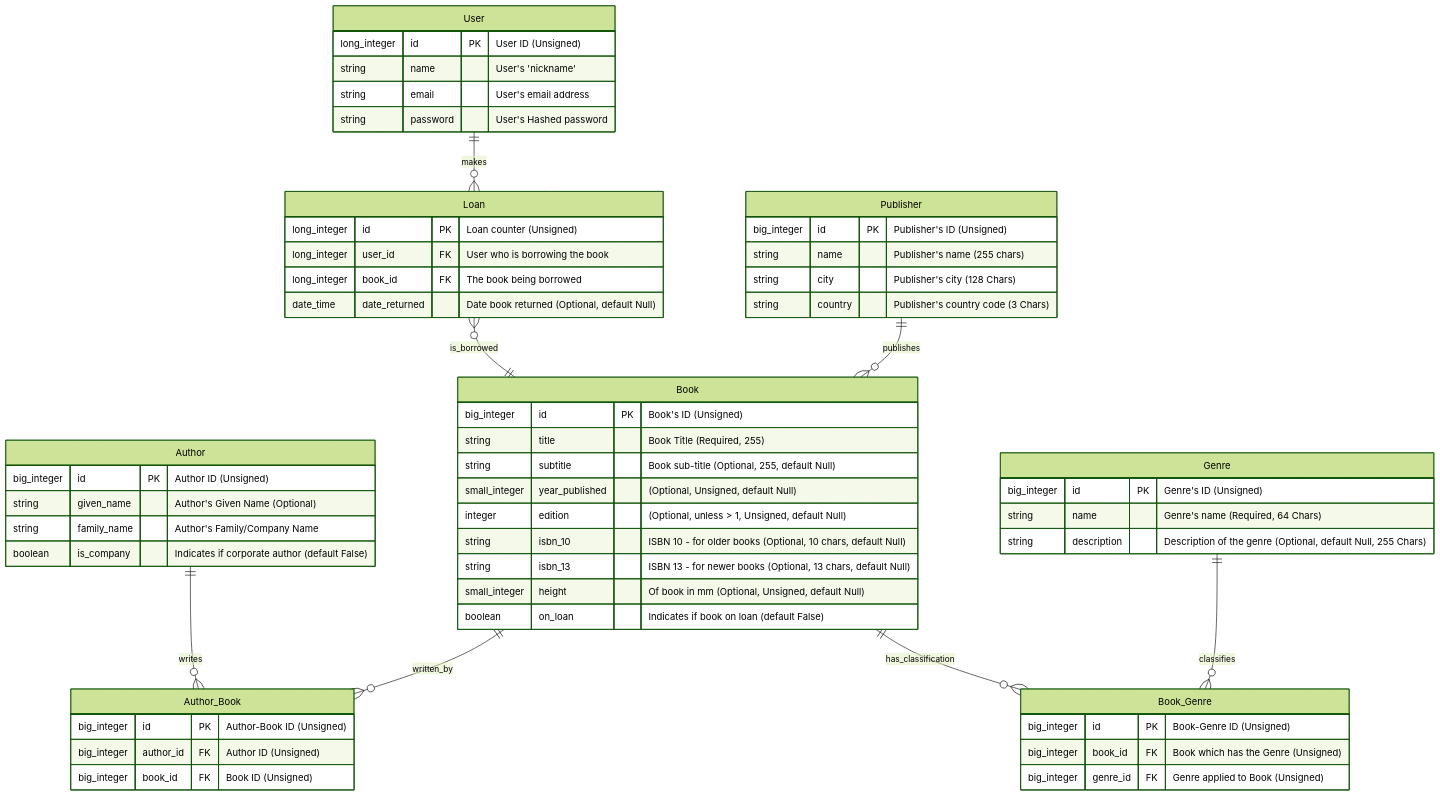
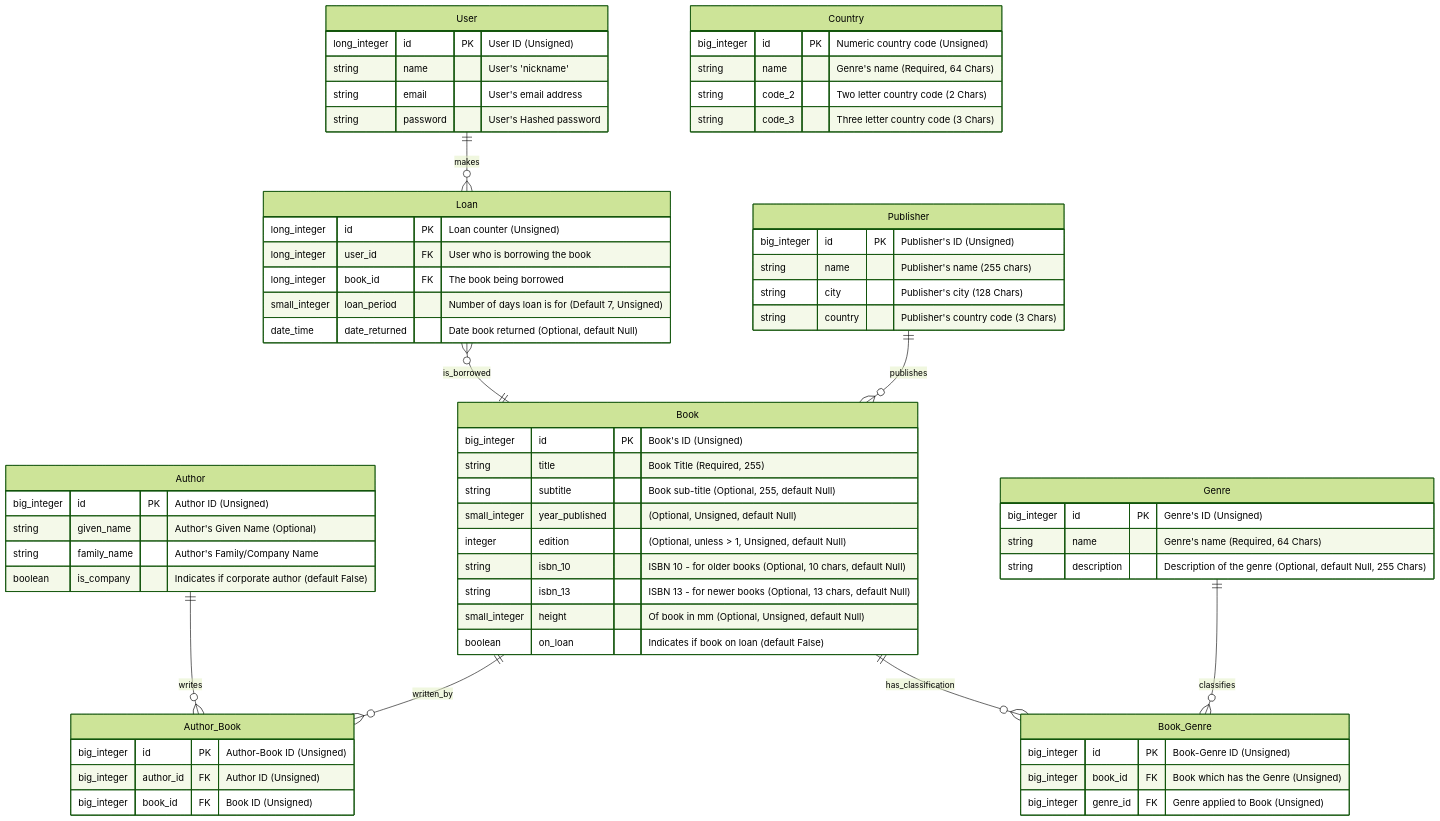
Before and after one commit to AdyGCode/ICT50120-SaaS-Library: the diagram in _docs/ReadMe-00-Library-ER.md, drawn with Mermaid. The commit also changed 1 other file, not shown here.

Commit message:
docs: Library ER Diagram - ReadMe-00-Library-ER.md contains the most up to date ER Diagram for this application

````diff
--- a/_docs/ReadMe-00-Library-ER.md
+++ b/_docs/ReadMe-00-Library-ER.md
@@ -6,70 +6,78 @@
 ```mermaid
 %%{init: {'theme': 'forest'}}%%
 
 erDiagram
     Loan {
-        long_integer id PK "Loan counter (Unsigned)"
-        long_integer user_id FK "User who is borrowing the book"
-        long_integer book_id FK "The book being borrowed"
-        date_time date_returned "Date book returned (Optional, default Null)"
+        long_integer    id              PK      "Loan counter (Unsigned)"
+        long_integer    user_id         FK      "User who is borrowing the book"
+        long_integer    book_id         FK      "The book being borrowed"
+        small_integer   loan_period             "Number of days loan is for (Default 7, Unsigned)"
+        date_time       date_returned           "Date book returned (Optional, default Null)"
     }
 
     User {
-        long_integer id PK "User ID (Unsigned)"
-        string name "User's 'nickname'"
-        string email "User's email address"
-        string password "User's Hashed password"
+        long_integer    id              PK      "User ID (Unsigned)"
+        string          name                    "User's 'nickname'"
+        string          email                   "User's email address"
+        string          password                "User's Hashed password"
     }
     
-    Author{
-        big_integer id PK "Author ID (Unsigned)"
-        string given_name "Author's Given Name (Optional)"
-        string family_name "Author's Family/Company Name"
-        boolean is_company "Indicates if corporate author (default False)"
+    Author {
+        big_integer     id              PK      "Author ID (Unsigned)"
+        string          given_name              "Author's Given Name (Optional)"
+        string          family_name             "Author's Family/Company Name"
+        boolean         is_company              "Indicates if corporate author (default False)"
     }
     
-    Book{
-        big_integer id PK "Book's ID (Unsigned)"
-        string title "Book Title (Required, 255)"
-        string subtitle "Book sub-title (Optional, 255, default Null)"
-        small_integer year_published "(Optional, Unsigned, default Null)"
-        integer edition "(Optional, unless > 1, Unsigned, default Null)"
-        string isbn_10 "ISBN 10 - for older books (Optional, 10 chars, default Null)"
-        string isbn_13 "ISBN 13 - for newer books (Optional, 13 chars, default Null)"
-        small_integer height "Of book in mm (Optional, Unsigned, default Null)"
-        boolean on_loan "Indicates if book on loan (default False)"
+    Book {
+        big_integer     id              PK      "Book's ID (Unsigned)"
+        string          title                   "Book Title (Required, 255)"
+        string          subtitle                "Book sub-title (Optional, 255, default Null)"
+        small_integer   year_published          "(Optional, Unsigned, default Null)"
+        integer         edition                 "(Optional, unless > 1, Unsigned, default Null)"
+        string          isbn_10                 "ISBN 10 - for older books (Optional, 10 chars, default Null)"
+        string          isbn_13                 "ISBN 13 - for newer books (Optional, 13 chars, default Null)"
+        small_integer   height                  "Of book in mm (Optional, Unsigned, default Null)"
+        boolean         on_loan                 "Indicates if book on loan (default False)"
     }
     
     Publisher {
-        big_integer id PK "Publisher's ID (Unsigned)"
-        string name "Publisher's name (255 chars)"
-        string city "Publisher's city (128 Chars)"
-        string country "Publisher's country code (3 Chars)"
+        big_integer     id              PK      "Publisher's ID (Unsigned)"
+        string          name                    "Publisher's name (255 chars)"
+        string          city                    "Publisher's city (128 Chars)"
+        string          country                 "Publisher's country code (3 Chars)"
     }
 
     Genre {
-        big_integer id PK "Genre's ID (Unsigned)"
-        string name "Genre's name (Required, 64 Chars)"
-        string description "Description of the genre (Optional, default Null, 255 Chars)"
+        big_integer     id              PK      "Genre's ID (Unsigned)"
+        string          name                    "Genre's name (Required, 64 Chars)"
+        string          description             "Description of the genre (Optional, default Null, 255 Chars)"
     }
 
     Book_Genre {
-        big_integer id PK "Book-Genre ID (Unsigned)"
-        big_integer book_id FK "Book which has the Genre (Unsigned)"
-        big_integer genre_id FK "Genre applied to Book (Unsigned)"
+        big_integer     id              PK      "Book-Genre ID (Unsigned)"
+        big_integer     book_id         FK      "Book which has the Genre (Unsigned)"
+        big_integer     genre_id        FK      "Genre applied to Book (Unsigned)"
     }
         
     Author_Book {
-        big_integer id PK "Author-Book ID (Unsigned)"         
-        big_integer author_id FK "Author ID (Unsigned)" 
-        big_integer book_id FK "Book ID (Unsigned)" 
+        big_integer     id              PK      "Author-Book ID (Unsigned)"         
+        big_integer     author_id       FK      "Author ID (Unsigned)" 
+        big_integer     book_id         FK      "Book ID (Unsigned)" 
     }
 
-    Publisher ||--o{ Book : publishes       
-    Book ||--o{ Book_Genre : has_classification
-    Book ||--o{ Author_Book : written_by
-    Loan }o--|| Book : is_borrowed
-    Genre ||--o{ Book_Genre : classifies
-    Author ||--o{ Author_Book : writes 
-    User ||--o{ Loan : makes
+    Country {
+        big_integer     id              PK      "Numeric country code (Unsigned)"
+        string          name                    "Genre's name (Required, 64 Chars)"
+        string          code_2             "Two letter country code (2 Chars)"
+        string          code_3             "Three letter country code (3 Chars)"
+    }
+
+    Publisher   ||--o{ Book             : publishes       
+    Book        ||--o{ Book_Genre       : has_classification
+    Book        ||--o{ Author_Book      : written_by
+    Loan        }o--|| Book             : is_borrowed
+    Genre       ||--o{ Book_Genre       : classifies
+    Author      ||--o{ Author_Book      : writes 
+    User        ||--o{ Loan             : makes
 ```
````
